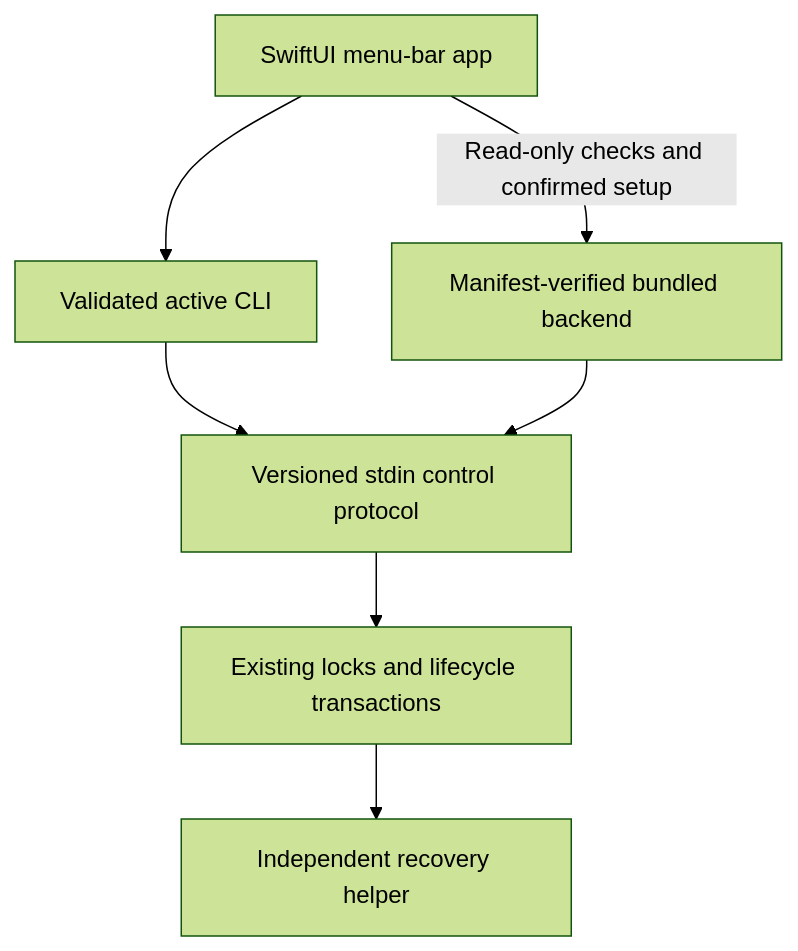
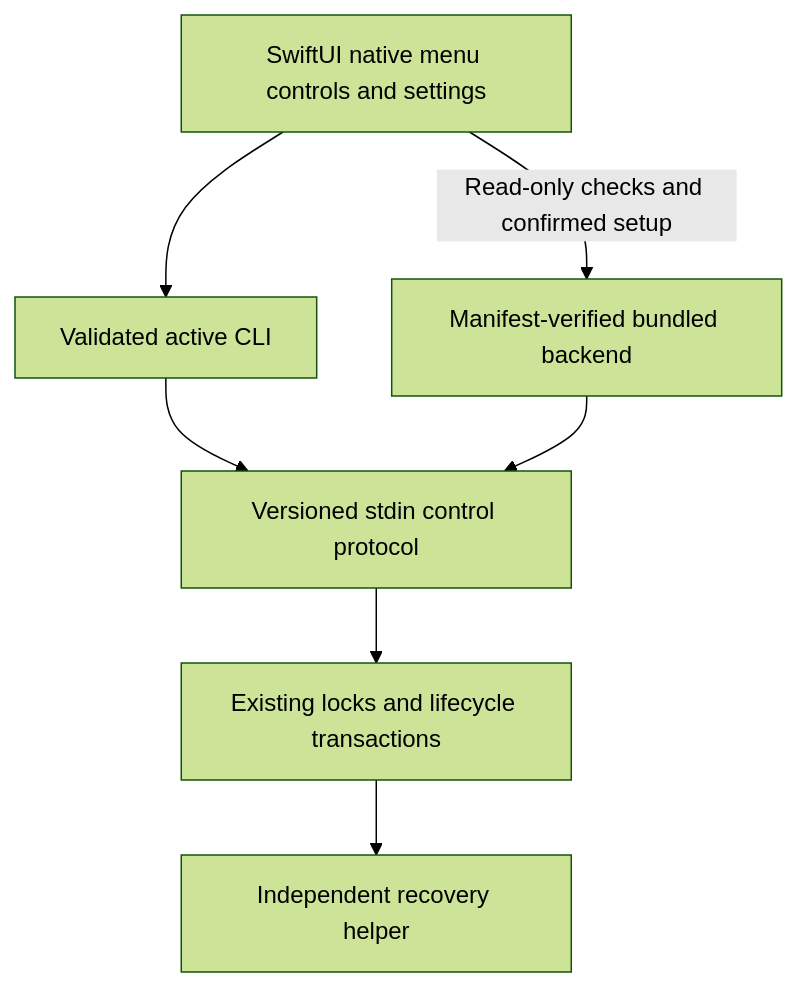
Before and after one commit to patrickschiller/pickermux: the third of 3 diagrams in docs/ARCHITECTURE.md, drawn with Mermaid (forest theme). The commit also changed other lines of this file and 43 other files, not shown here.

First line of the commit message:
Prepare 0.22.0: compact menu, durable totals and native voice (#27)

````diff
--- a/docs/ARCHITECTURE.md
+++ b/docs/ARCHITECTURE.md
@@ -814,15 +882,15 @@
 ```mermaid
 flowchart TB
-    App[SwiftUI menu-bar app]
+    App[SwiftUI native menu controls and settings]
     Installed[Validated active CLI]
     Bundled[Manifest-verified bundled backend]
     Control[Versioned stdin control protocol]
     Lifecycle[Existing locks and lifecycle transactions]
     Helper[Independent recovery helper]
     App --> Installed
     App -->|Read-only checks and confirmed setup| Bundled
     Installed --> Control
     Bundled --> Control
     Control --> Lifecycle
     Lifecycle --> Helper
 ```
````
